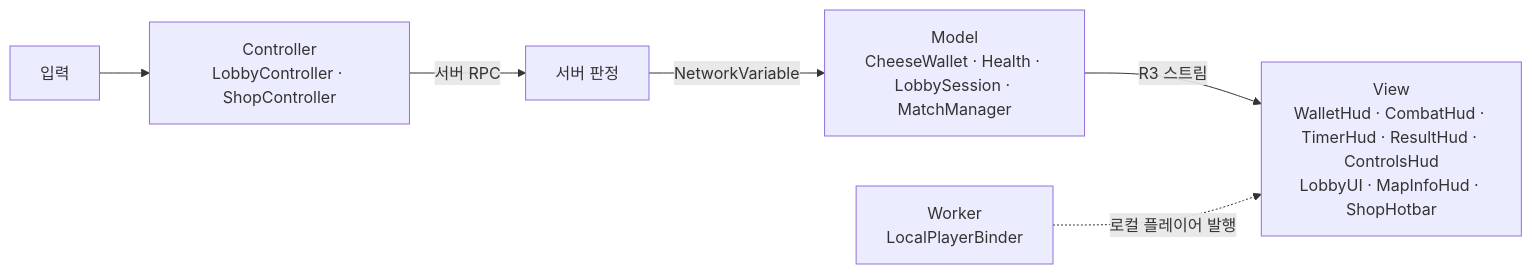
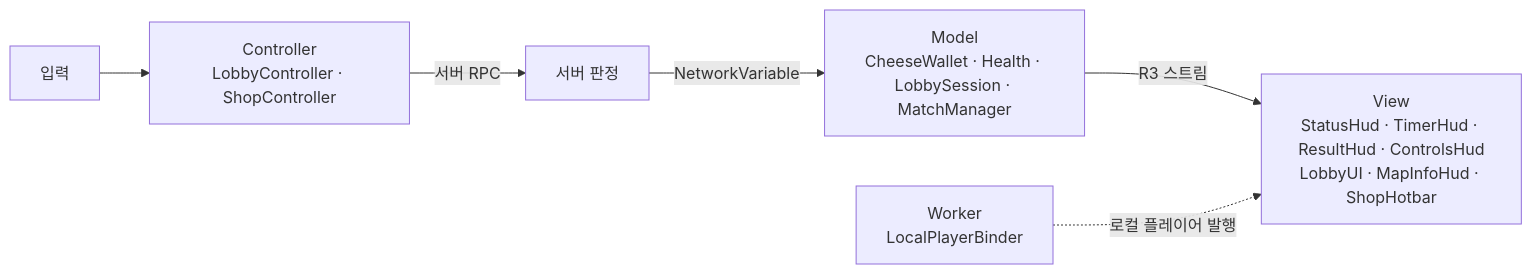
Before and after one commit to JeahanPark/The-Cheese-Thief-and-the-Cat: diagram 14 of 17 in CTC/docs/design-vault/코드 다이어그램.md, drawn with Mermaid. The commit also changed other lines of this file and 16 other files, not shown here.

````diff
--- a/CTC/docs/design-vault/코드 다이어그램.md
+++ b/CTC/docs/design-vault/코드 다이어그램.md
@@ -646,8 +653,8 @@
 ```mermaid
 flowchart LR
     Input[입력] --> C[Controller<br/>LobbyController · ShopController]
     C -->|서버 RPC| S[서버 판정]
     S -->|NetworkVariable| M[Model<br/>CheeseWallet · Health · LobbySession · MatchManager]
-    M -->|R3 스트림| V[View<br/>WalletHud · CombatHud · TimerHud · ResultHud · ControlsHud<br/>LobbyUI · MapInfoHud · ShopHotbar]
+    M -->|R3 스트림| V[View<br/>StatusHud · TimerHud · ResultHud · ControlsHud<br/>LobbyUI · MapInfoHud · ShopHotbar]
     W[Worker<br/>LocalPlayerBinder] -.로컬 플레이어 발행.-> V
 ```
````
